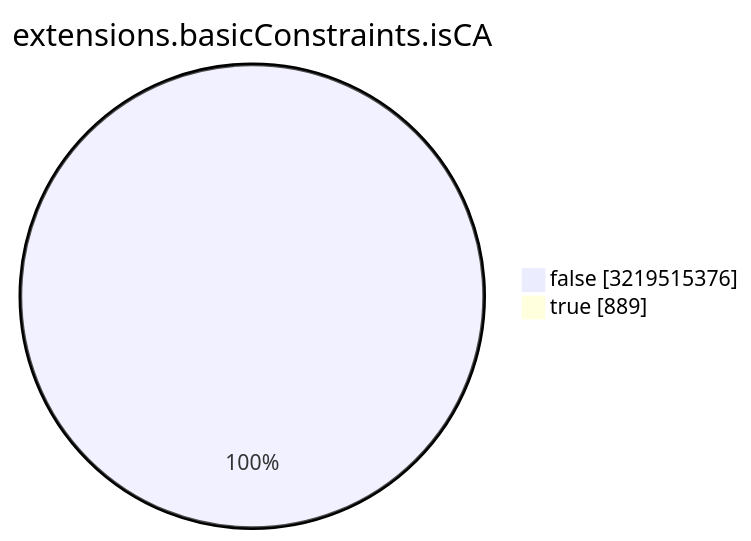
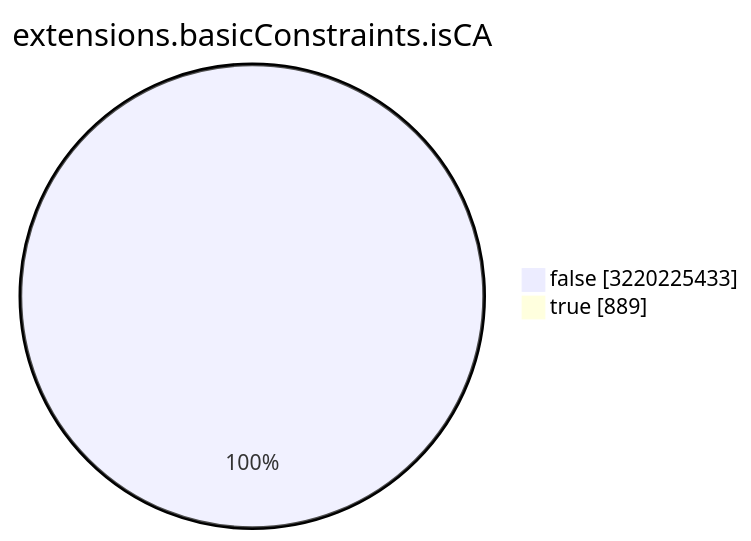
Before and after one commit to christiankrug/ctmonitor_visualization: the seventh of 15 diagrams in TOTAL/README.md, drawn with Mermaid. The commit also changed other lines of this file, not shown here.

````diff
--- a/TOTAL/README.md
+++ b/TOTAL/README.md
@@ -3088,6 +3088,6 @@
 ```mermaid
 pie showData
 title extensions.basicConstraints.isCA
-"false" :3219515376
+"false" :3220225433
 "true" :889
 ```
````
